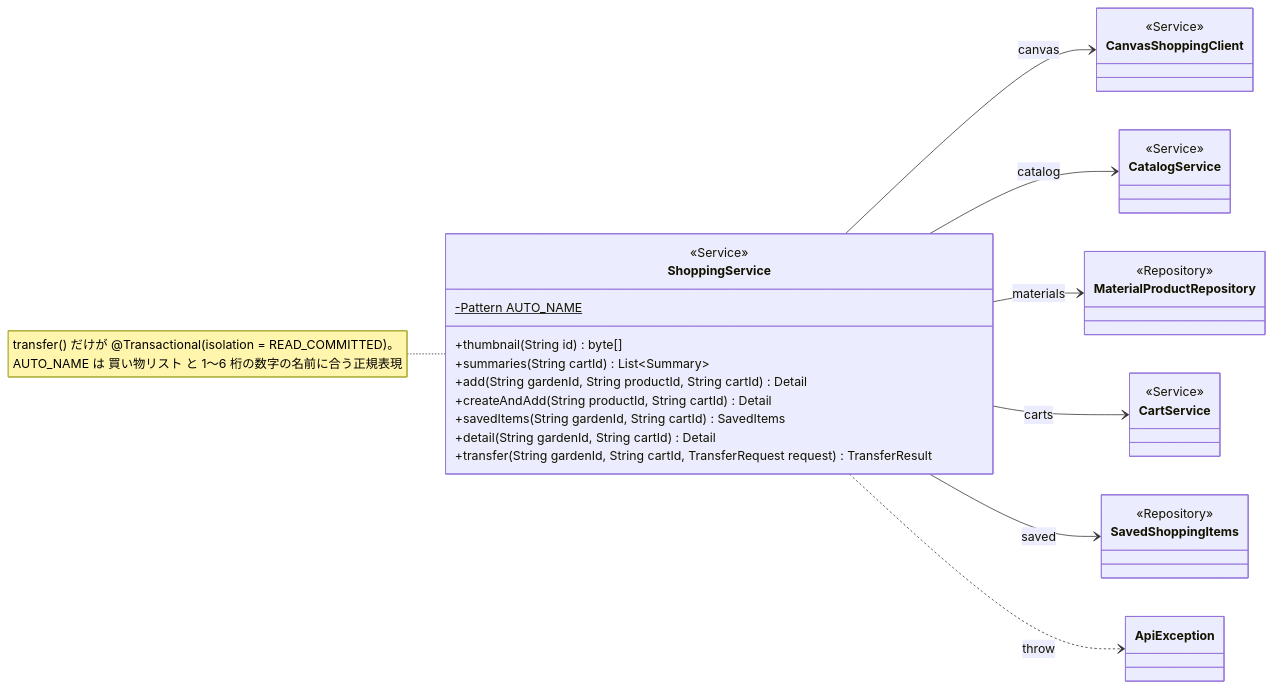
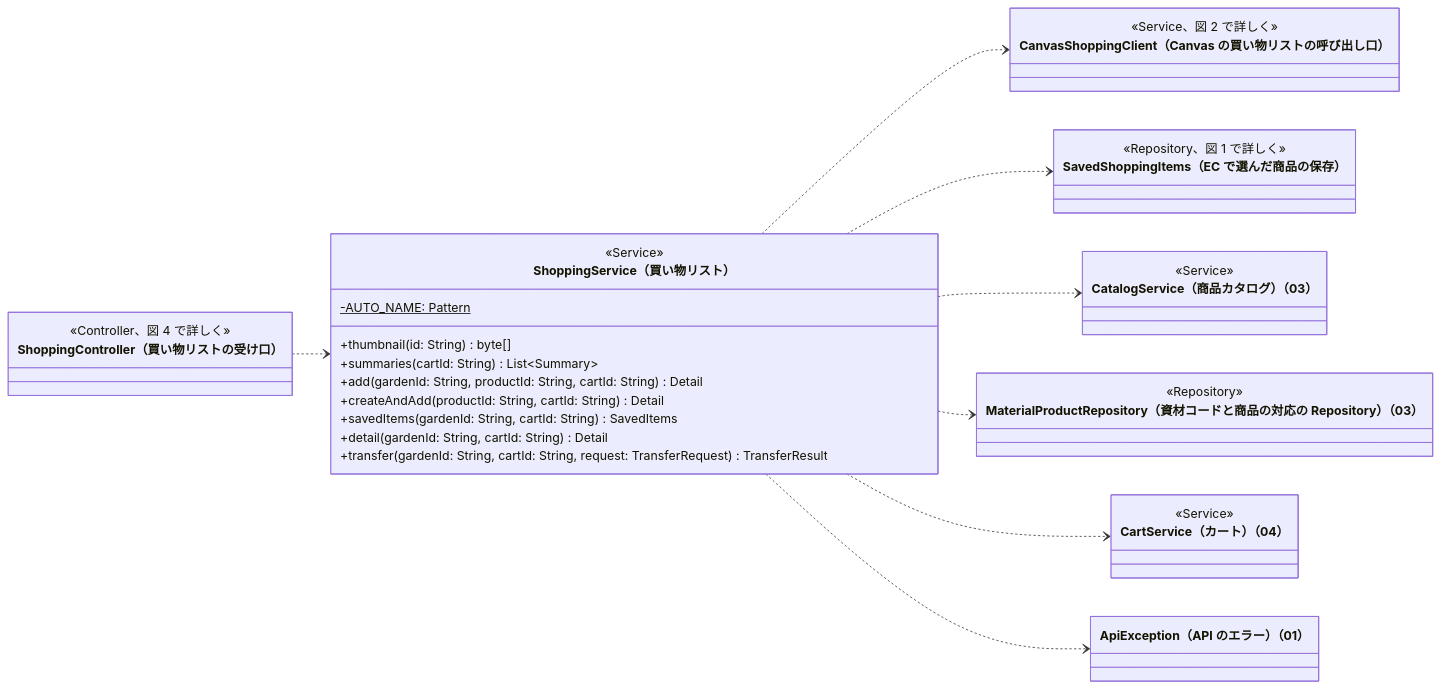
The third of 8 diagrams in クラス図/kusakari-ec/06_買い物リスト.md (abeouga/kusakari-document), drawn with Mermaid before and after one commit. The commit also changed other lines of this file and 87 other files, not shown here.

Commit message:
EC のクラス図に全体図を足し、詳細図をデータとモジュールの図に分けて書き直す

````diff
--- a/クラス図/kusakari-ec/06_買い物リスト.md
+++ b/クラス図/kusakari-ec/06_買い物リスト.md
@@ -155,40 +162,42 @@
 ```mermaid
 classDiagram
-  direction LR
-  class ShoppingService {
-    <<Service>>
-    -Pattern AUTO_NAME$
-    +thumbnail(String id) byte[]
-    +summaries(String cartId) List~Summary~
-    +add(String gardenId, String productId, String cartId) Detail
-    +createAndAdd(String productId, String cartId) Detail
-    +savedItems(String gardenId, String cartId) SavedItems
-    +detail(String gardenId, String cartId) Detail
-    +transfer(String gardenId, String cartId, TransferRequest request) TransferResult
-  }
-  class CanvasShoppingClient {
-    <<Service>>
-  }
-  class SavedShoppingItems {
-    <<Repository>>
-  }
-  class CatalogService {
-    <<Service>>
-  }
-  class MaterialProductRepository {
-    <<Repository>>
-  }
-  class CartService {
-    <<Service>>
-  }
-  class ApiException
+    direction LR
+    class ShoppingController["ShoppingController（買い物リストの受け口）"] {
+        <<Controller、図 4 で詳しく>>
+    }
+    class ShoppingService["ShoppingService（買い物リスト）"] {
+        <<Service>>
+        -AUTO_NAME: Pattern$
+        +thumbnail(id: String) byte[]
+        +summaries(cartId: String) List~Summary~
+        +add(gardenId: String, productId: String, cartId: String) Detail
+        +createAndAdd(productId: String, cartId: String) Detail
+        +savedItems(gardenId: String, cartId: String) SavedItems
+        +detail(gardenId: String, cartId: String) Detail
+        +transfer(gardenId: String, cartId: String, request: TransferRequest) TransferResult
+    }
+    class CanvasShoppingClient["CanvasShoppingClient（Canvas の買い物リストの呼び出し口）"] {
+        <<Service、図 2 で詳しく>>
+    }
+    class SavedShoppingItems["SavedShoppingItems（EC で選んだ商品の保存）"] {
+        <<Repository、図 1 で詳しく>>
+    }
+    class CatalogService["CatalogService（商品カタログ）（03）"] {
+        <<Service>>
+    }
+    class MaterialProductRepository["MaterialProductRepository（資材コードと商品の対応の Repository）（03）"] {
+        <<Repository>>
+    }
+    class CartService["CartService（カート）（04）"] {
+        <<Service>>
+    }
+    class ApiException["ApiException（API のエラー）（01）"]
 
-  ShoppingService --> CanvasShoppingClient : canvas
-  ShoppingService --> CatalogService : catalog
-  ShoppingService --> MaterialProductRepository : materials
-  ShoppingService --> CartService : carts
-  ShoppingService --> SavedShoppingItems : saved
-  ShoppingService ..> ApiException : throw
-
-  note for ShoppingService "transfer() だけが @Transactional(isolation = READ_COMMITTED)。<br/>AUTO_NAME は 買い物リスト と 1〜6 桁の数字の名前に合う正規表現"
+    ShoppingController ..> ShoppingService
+    ShoppingService ..> CanvasShoppingClient
+    ShoppingService ..> SavedShoppingItems
+    ShoppingService ..> CatalogService
+    ShoppingService ..> MaterialProductRepository
+    ShoppingService ..> CartService
+    ShoppingService ..> ApiException
 ```
````
